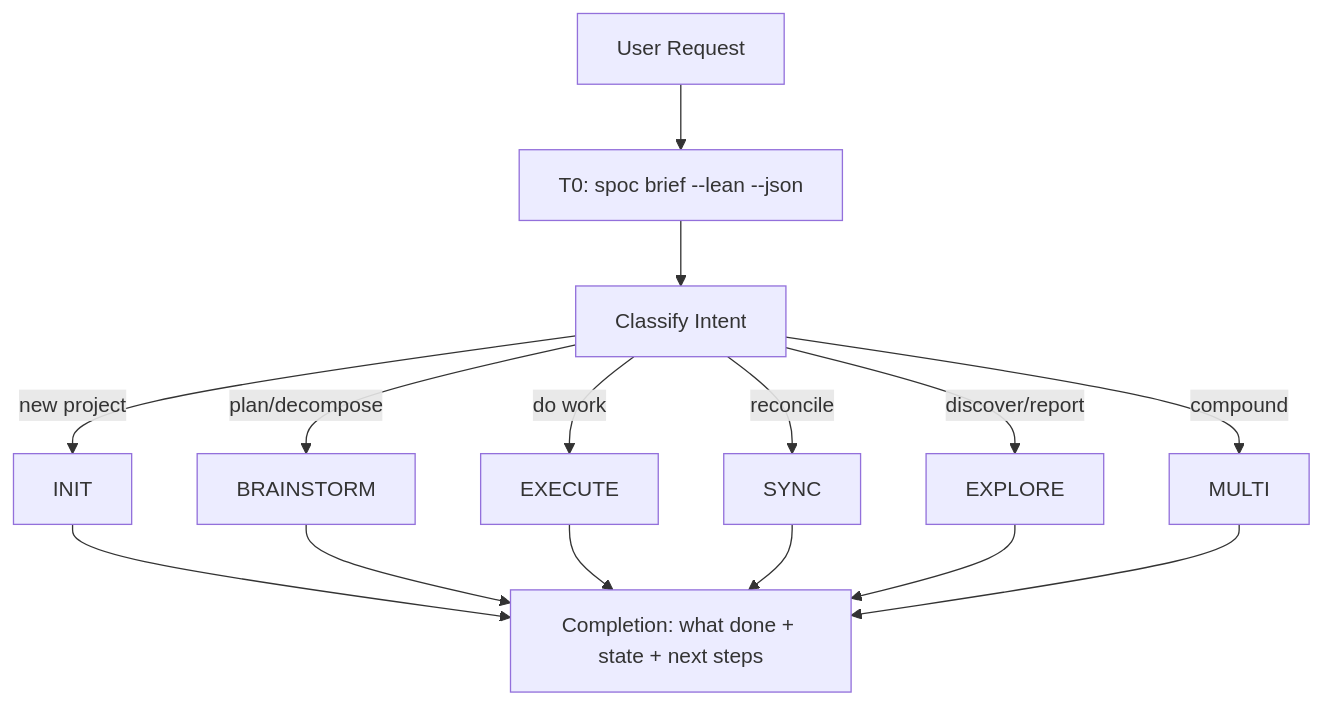
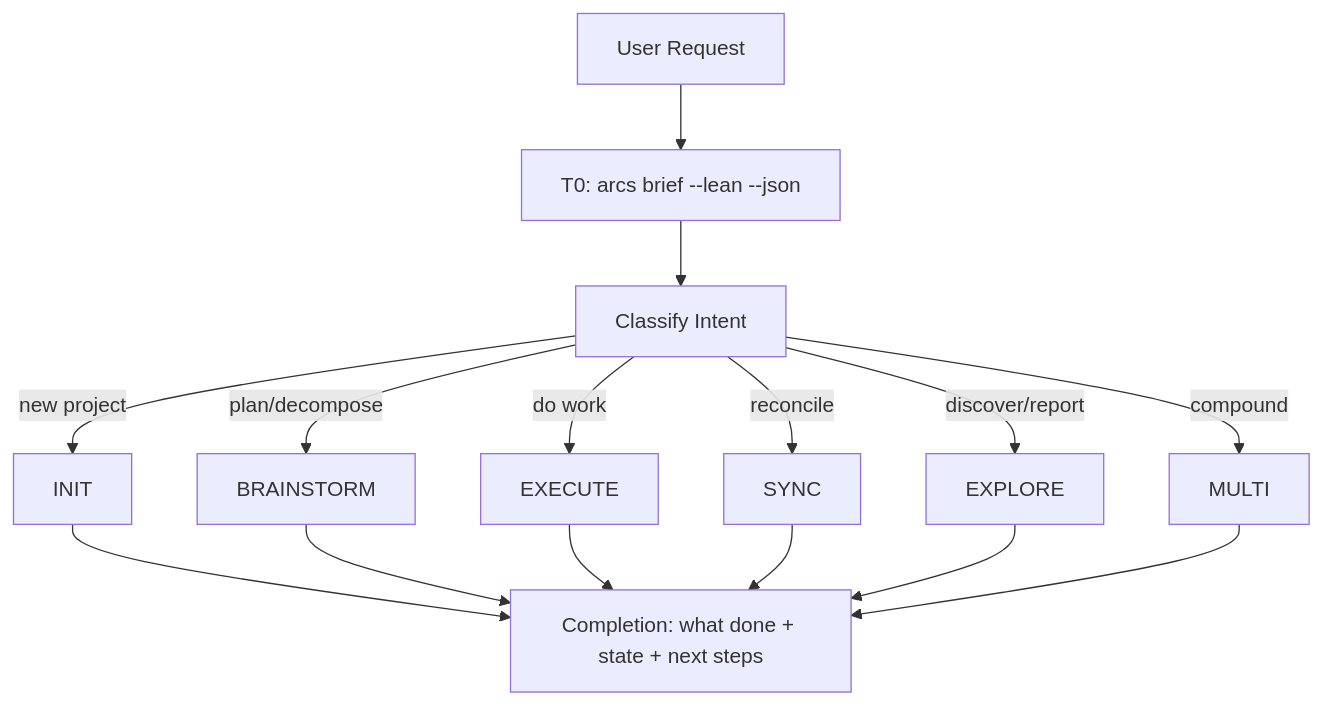
Before and after one commit to rryando/SPOC: the diagram in skills/orchestrate.md, drawn with Mermaid. The commit also changed other lines of this file and 190 other files, not shown here.

First line of the commit message:
feat!: rebrand SPOC → ARCS, publish as @rryando/arcs

````diff
--- a/skills/orchestrate.md
+++ b/skills/orchestrate.md
@@ -15,12 +15,12 @@
 ```mermaid
 flowchart TD
-    A[User Request] --> B[T0: spoc brief --lean --json]
+    A[User Request] --> B[T0: arcs brief --lean --json]
     B --> C[Classify Intent]
     C -->|new project| INIT[INIT]
     C -->|plan/decompose| BRAINSTORM[BRAINSTORM]
     C -->|do work| EXECUTE[EXECUTE]
     C -->|reconcile| SYNC[SYNC]
     C -->|discover/report| EXPLORE[EXPLORE]
     C -->|compound| MULTI[MULTI]
     INIT & BRAINSTORM & EXECUTE & SYNC & EXPLORE & MULTI --> DONE[Completion: what done + state + next steps]
 ```
````
